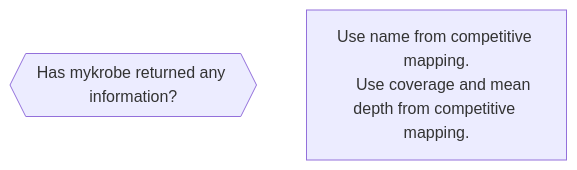
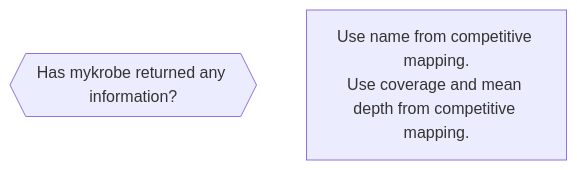
One commit to softwaremmm/summary_pipeline changed the diagram in speciation.md. Above: the diagram before and after it, drawn with Mermaid.

Commit message:
docs: newline mermaid

````diff
--- a/speciation.md
+++ b/speciation.md
@@ -21,7 +21,6 @@
 ```mermaid
 graph TD;
     MYKROBE_RETURN{{Has mykrobe returned any information?}};
 
-    ALL_CM[Use name from competitive mapping.
-    Use coverage and mean depth from competitive mapping.];
+    ALL_CM[Use name from competitive mapping.<br/>Use coverage and mean depth from competitive mapping.];
 ```
````
